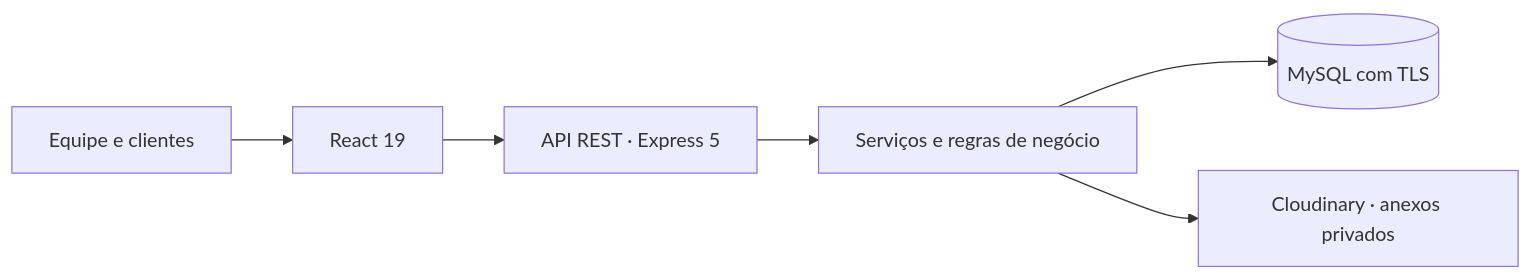
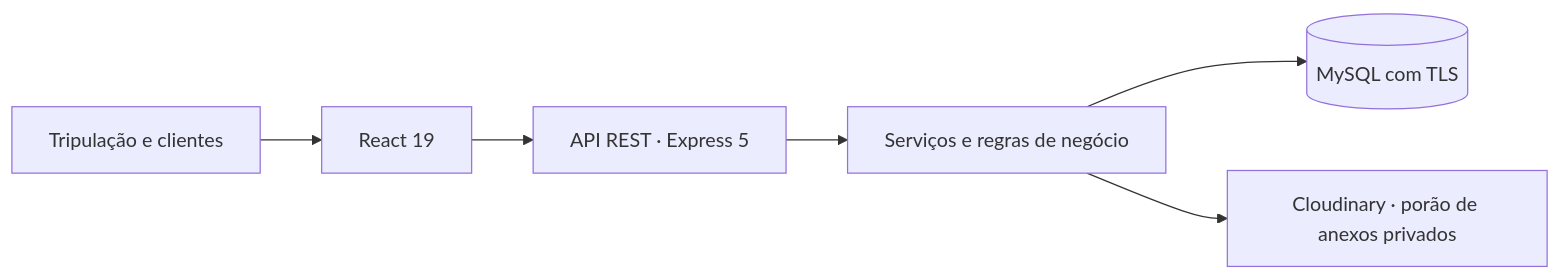
One commit to ronaelmoura/ronaelmoura changed the diagram in README.md. Above: the diagram before and after it, drawn with Mermaid. The commit also changed other lines of this file, not shown here.

````diff
--- a/README.md
+++ b/README.md
@@ -94,8 +94,8 @@
 ```mermaid
 flowchart LR
-  U["Equipe e clientes"] --> F["React 19"]
+  U["Tripulação e clientes"] --> F["React 19"]
   F --> A["API REST · Express 5"]
   A --> S["Serviços e regras de negócio"]
   S --> D[("MySQL com TLS")]
-  S --> C["Cloudinary · anexos privados"]
+  S --> C["Cloudinary · porão de anexos privados"]
 ```
````
